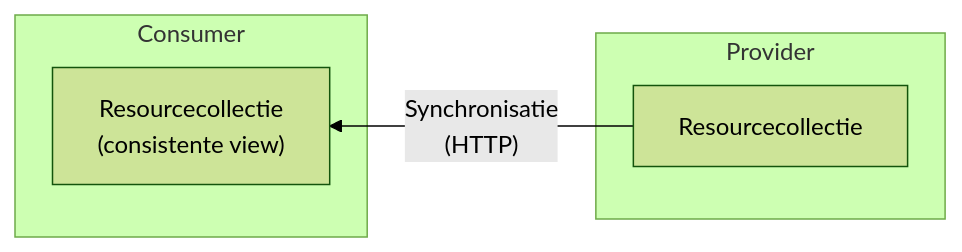
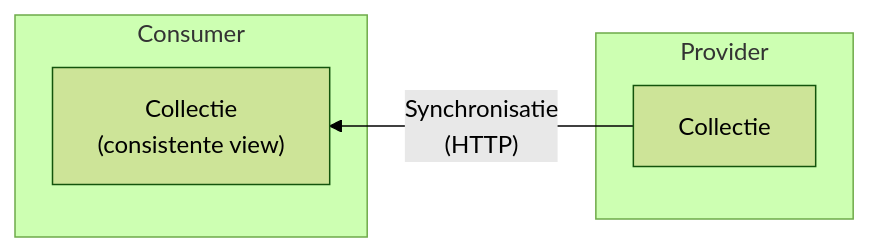
Before and after one commit to terborg/don-site: the first of 3 diagrams in docs/api-ontwikkeling/architectuur/synchroniseren-van-collecties.md, drawn with Mermaid (forest theme). The commit also changed other lines of this file and 1 other file, not shown here.

````diff
--- a/docs/api-ontwikkeling/architectuur/synchroniseren-van-collecties.md
+++ b/docs/api-ontwikkeling/architectuur/synchroniseren-van-collecties.md
@@ -18,12 +16,12 @@
 ```mermaid
 graph RL
   subgraph Consumer
-    mirror["`Resourcecollectie
+    mirror["`Collectie
              (consistente view)`"]
   end
   subgraph Provider
-    rc["`Resourcecollectie`"]
+    rc["`Collectie`"]
   end
   rc --"`Synchronisatie
         (HTTP)`"--> mirror
 ```
````
